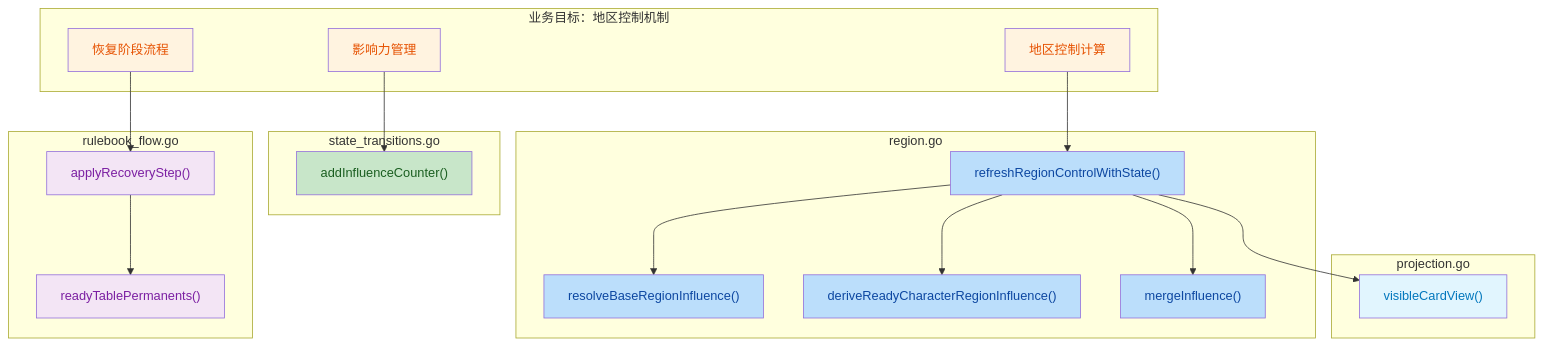
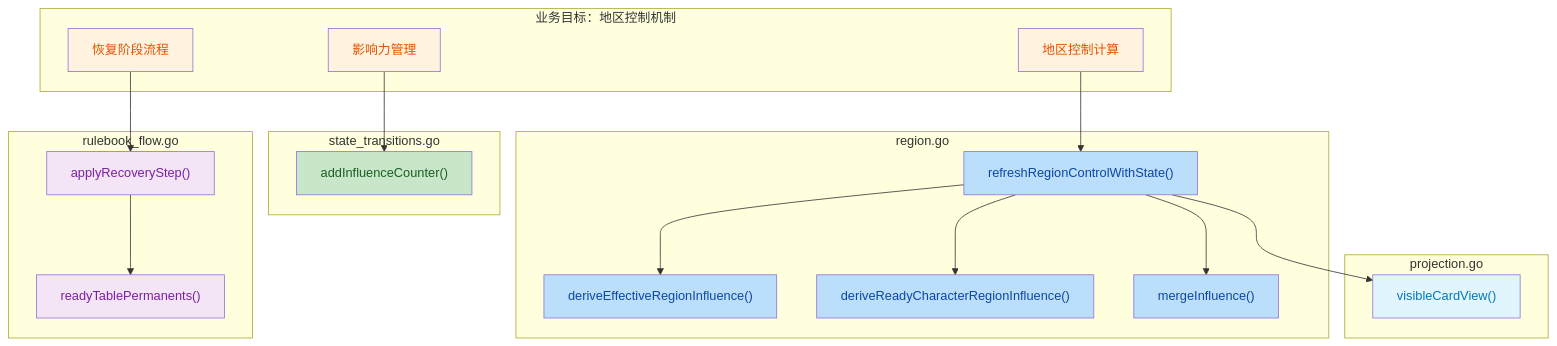
The first of 2 diagrams in docs/trae_review/地区控制与影响力系统重构.md (FireExtin/UndergroundBattle), drawn with Mermaid before and after one commit. The commit also changed other lines of this file and 20 other files, not shown here.

````diff
--- a/docs/trae_review/地区控制与影响力系统重构.md
+++ b/docs/trae_review/地区控制与影响力系统重构.md
@@ -15,49 +15,49 @@
 ```mermaid
 graph TD
     subgraph "业务目标：地区控制机制"
         A[地区控制计算]
         B[影响力管理]
         C[恢复阶段流程]
     end
     
     subgraph "region.go"
         A1["refreshRegionControlWithState()"]
-        A2["resolveBaseRegionInfluence()"]
+        A2["deriveEffectiveRegionInfluence()"]
         A3["deriveReadyCharacterRegionInfluence()"]
         A4["mergeInfluence()"]
     end
     
     subgraph "state_transitions.go"
         B1["addInfluenceCounter()"]
     end
     
     subgraph "rulebook_flow.go"
         C1["applyRecoveryStep()"]
         C2["readyTablePermanents()"]
     end
     
     subgraph "projection.go"
         D1["visibleCardView()"]
     end
     
     A --> A1
     A1 --> A2
     A1 --> A3
     A1 --> A4
     B --> B1
     C --> C1
     C1 --> C2
     A1 --> D1
     
     style A fill:#fff3e0,color:#e65100
     style B fill:#fff3e0,color:#e65100
     style C fill:#fff3e0,color:#e65100
     style A1 fill:#bbdefb,color:#0d47a1
     style A2 fill:#bbdefb,color:#0d47a1
     style A3 fill:#bbdefb,color:#0d47a1
     style A4 fill:#bbdefb,color:#0d47a1
     style B1 fill:#c8e6c9,color:#1a5e20
     style C1 fill:#f3e5f5,color:#7b1fa2
     style C2 fill:#f3e5f5,color:#7b1fa2
     style D1 fill:#e1f5fe,color:#0277bd
 ```
````
